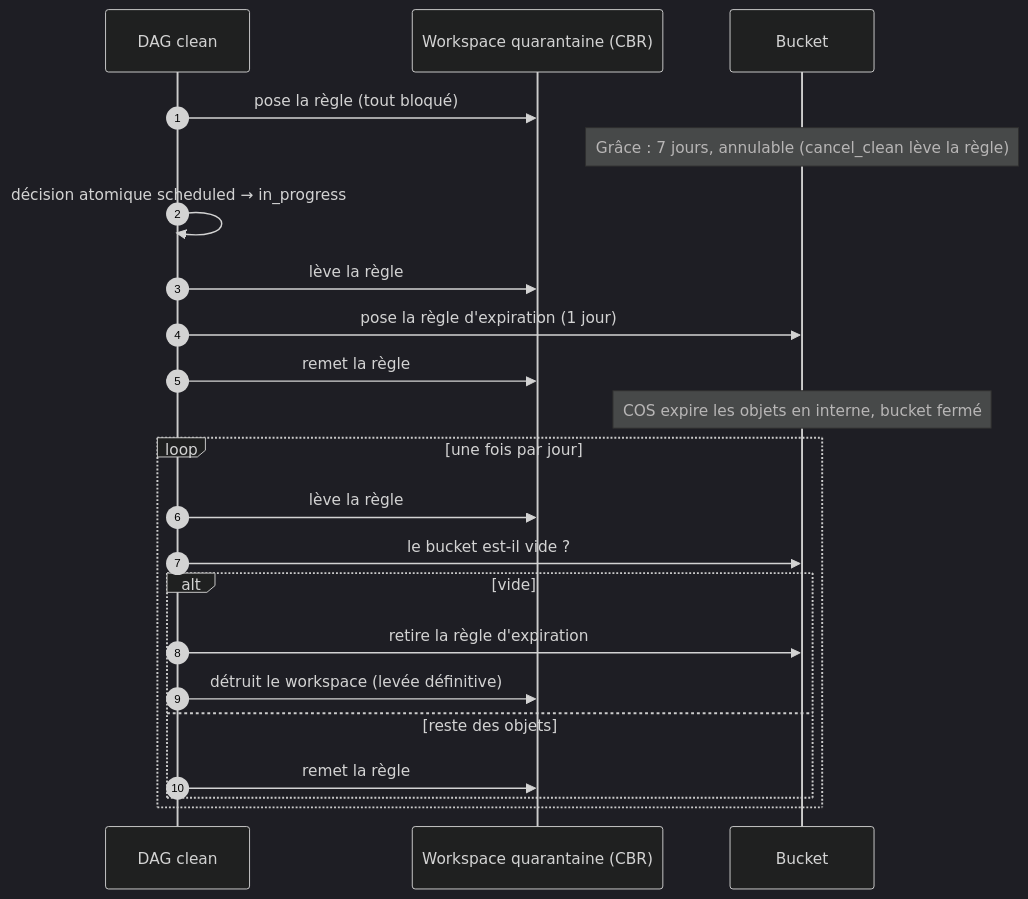
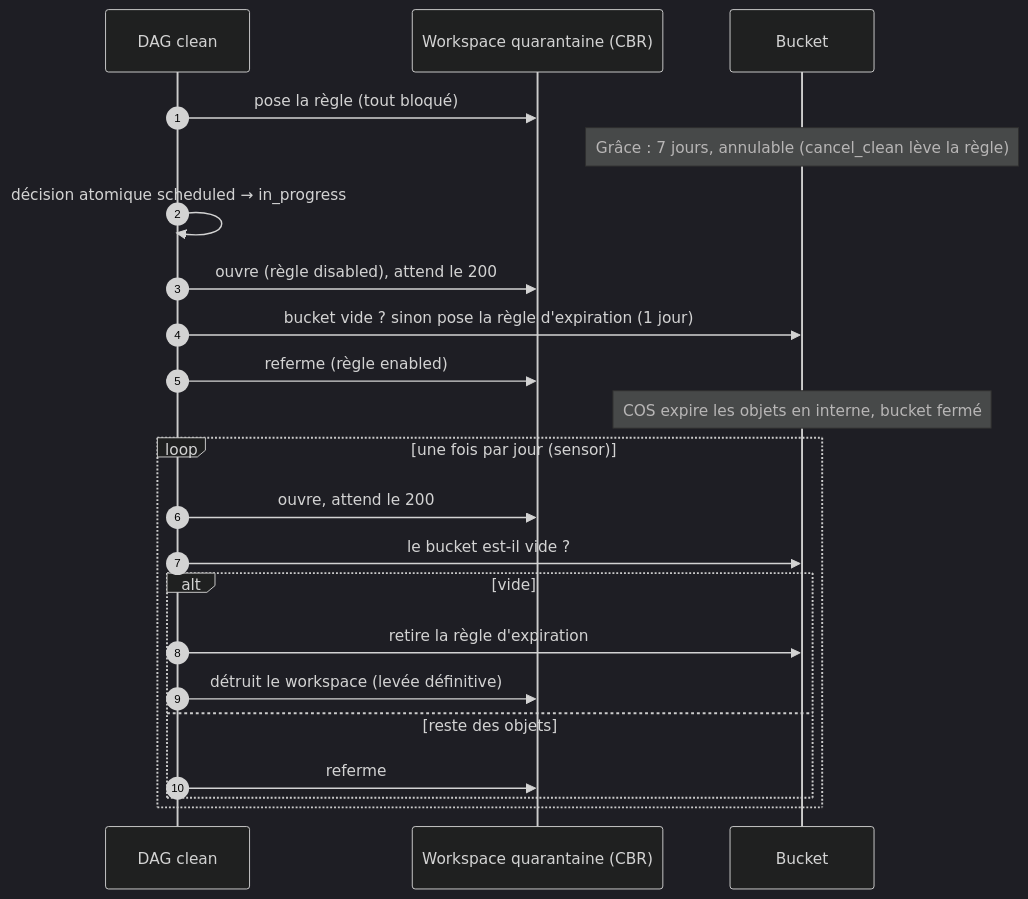
Before and after one commit to karimessouabni/cos: the second of 2 diagrams in cos/docs/adr/0004-quarantaine-cbr-blocage-total.md, drawn with Mermaid (dark theme). The commit also changed other lines of this file and 20 other files, not shown here.

````diff
--- a/cos/docs/adr/0004-quarantaine-cbr-blocage-total.md
+++ b/cos/docs/adr/0004-quarantaine-cbr-blocage-total.md
@@ -117,24 +124,24 @@
 ```mermaid
 sequenceDiagram
     autonumber
     participant D as DAG clean
     participant Q as Workspace quarantaine (CBR)
     participant B as Bucket
     D->>Q: pose la règle (tout bloqué)
     Note over B: Grâce : 7 jours, annulable (cancel_clean lève la règle)
     D->>D: décision atomique scheduled → in_progress
-    D->>Q: lève la règle
-    D->>B: pose la règle d'expiration (1 jour)
-    D->>Q: remet la règle
+    D->>Q: ouvre (règle disabled), attend le 200
+    D->>B: bucket vide ? sinon pose la règle d'expiration (1 jour)
+    D->>Q: referme (règle enabled)
     Note over B: COS expire les objets en interne, bucket fermé
-    loop une fois par jour
-        D->>Q: lève la règle
+    loop une fois par jour (sensor)
+        D->>Q: ouvre, attend le 200
         D->>B: le bucket est-il vide ?
         alt vide
             D->>B: retire la règle d'expiration
             D->>Q: détruit le workspace (levée définitive)
         else reste des objets
-            D->>Q: remet la règle
+            D->>Q: referme
         end
     end
 ```
````
